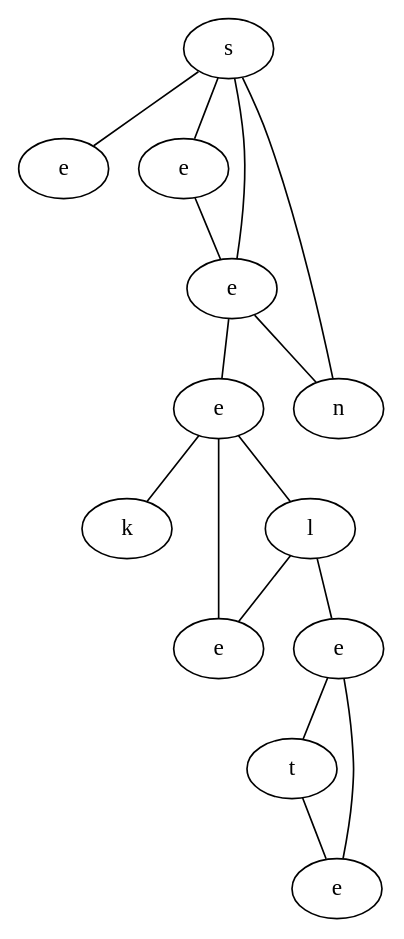
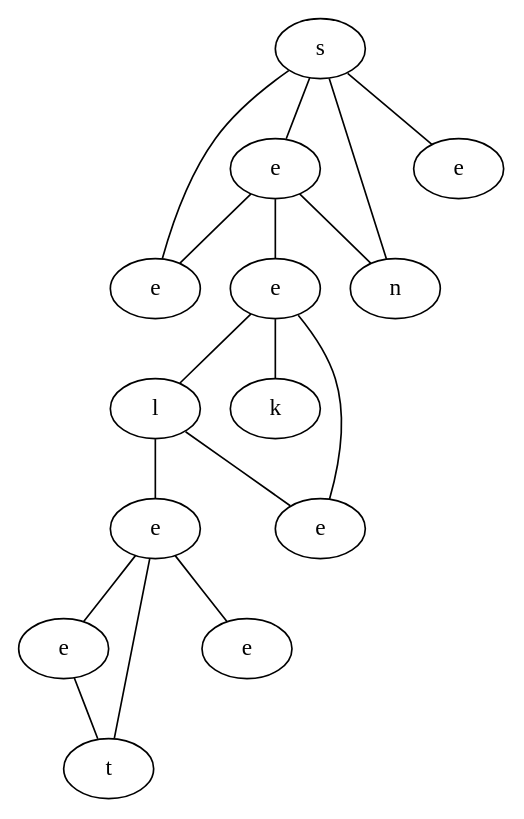
Before and after one commit to schrum2/MM-NEAT: the diagram in data/VGLC/graph.dot, drawn with Graphviz. The commit also changed 26 other files, not shown here.

```diff
--- a/data/VGLC/graph.dot
+++ b/data/VGLC/graph.dot
@@ -1,29 +1,31 @@
 graph {
-yZhe[label="s"]
-eWeS[label="e"]
-vmLS[label="e"]
-OYQt[label="e"]
-Mnwr[label="n"]
-yWHy[label="e"]
-PDtl[label="k"]
-ZiOE[label="l"]
-VqDb[label="e"]
-KtTI[label="e"]
-uSYg[label="t"]
-yUSH[label="e"]
-yZhe -- eWeS
-yZhe -- vmLS
-yZhe -- OYQt
-yZhe -- Mnwr
-vmLS -- OYQt
-OYQt -- yWHy
-OYQt -- Mnwr
-yWHy -- PDtl
-yWHy -- ZiOE
-yWHy -- VqDb
-ZiOE -- KtTI
-ZiOE -- VqDb
-KtTI -- uSYg
-KtTI -- yUSH
-uSYg -- yUSH
+ZjCH[label="s"]
+YISp[label="e"]
+ggJE[label="e"]
+kvpT[label="n"]
+RBUb[label="e"]
+zbBV[label="e"]
+wBPm[label="l"]
+XYDC[label="k"]
+ylNt[label="e"]
+ycxz[label="e"]
+OmkA[label="e"]
+VvMz[label="t"]
+ePyb[label="e"]
+ZjCH -- YISp
+ZjCH -- ggJE
+ZjCH -- kvpT
+ZjCH -- RBUb
+YISp -- zbBV
+YISp -- ggJE
+YISp -- kvpT
+zbBV -- wBPm
+zbBV -- XYDC
+zbBV -- ylNt
+wBPm -- ylNt
+wBPm -- ycxz
+ycxz -- OmkA
+ycxz -- VvMz
+ycxz -- ePyb
+OmkA -- VvMz
 }
```
